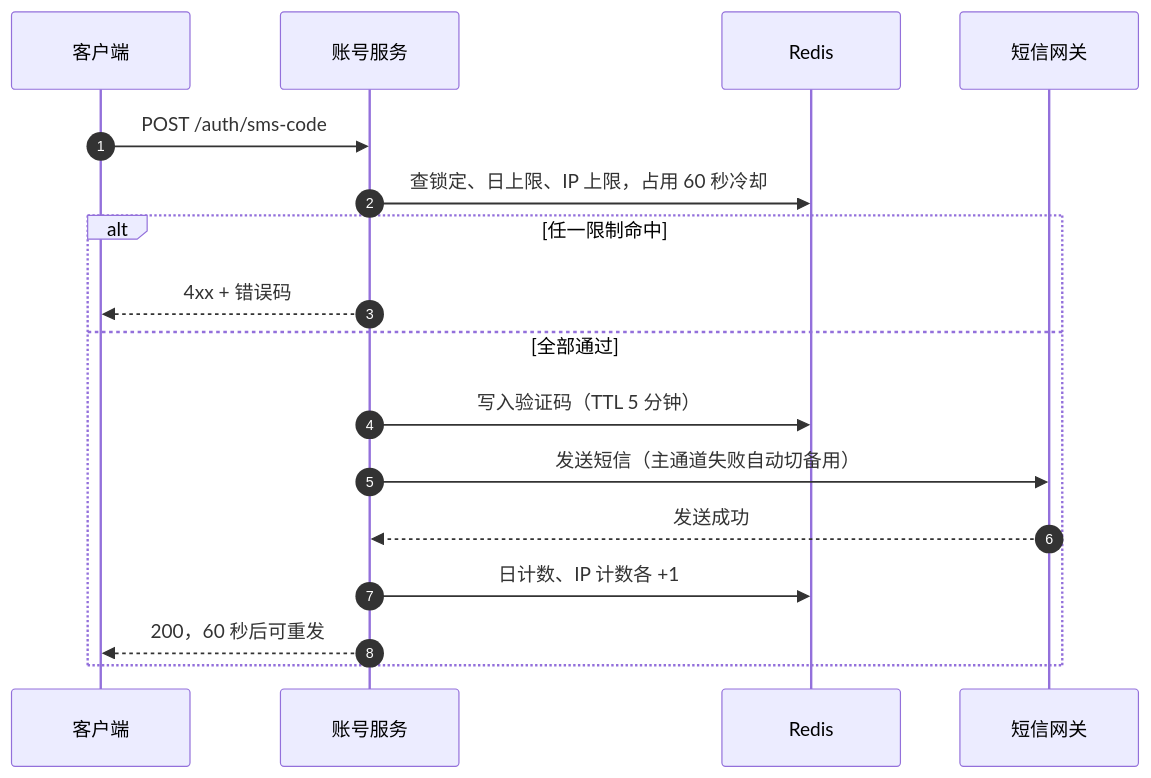
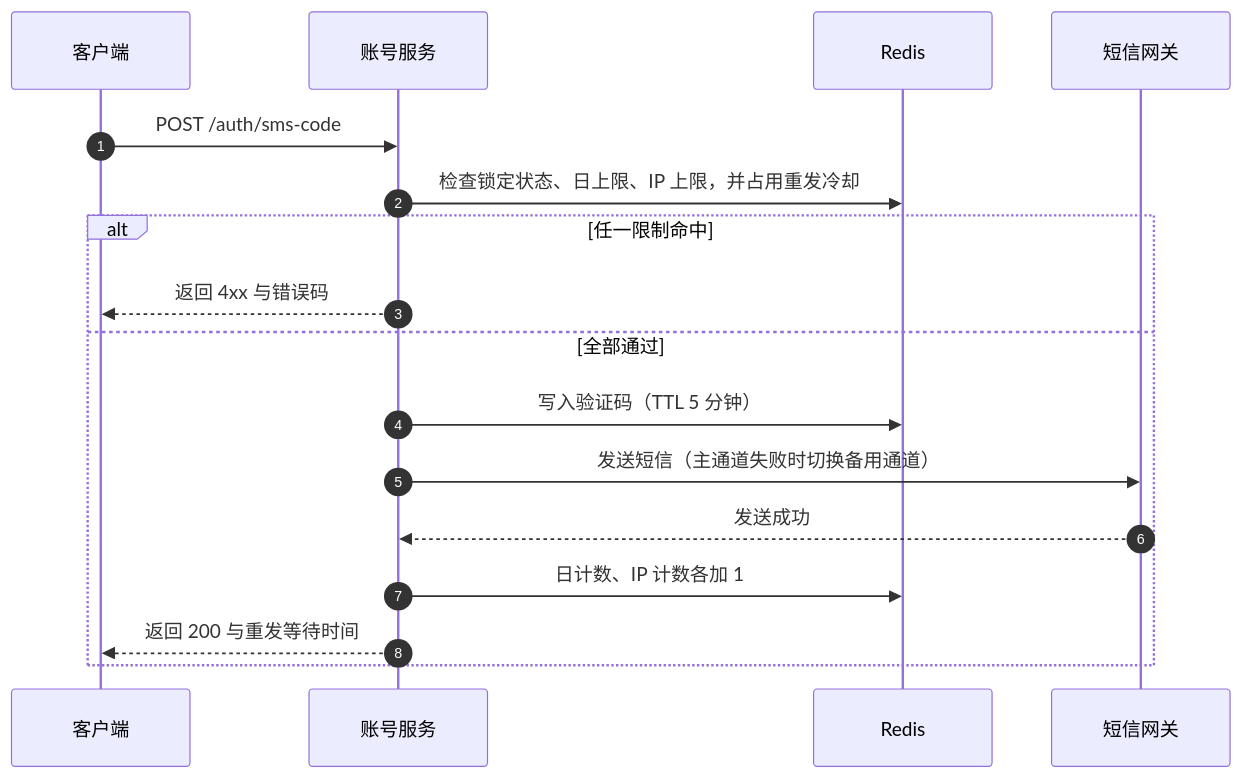
The second of 3 diagrams in docs/samples/02-tech-design.md (lanhas/auto-test), drawn with Mermaid before and after one commit. The commit also changed other lines of this file and 3 other files, not shown here.

````diff
--- a/docs/samples/02-tech-design.md
+++ b/docs/samples/02-tech-design.md
@@ -44,20 +88,20 @@
 ```mermaid
 sequenceDiagram
     autonumber
     participant C as 客户端
     participant A as 账号服务
     participant R as Redis
     participant S as 短信网关
 
     C->>A: POST /auth/sms-code
-    A->>R: 查锁定、日上限、IP 上限，占用 60 秒冷却
+    A->>R: 检查锁定状态、日上限、IP 上限，并占用重发冷却
     alt 任一限制命中
-        A-->>C: 4xx + 错误码
+        A-->>C: 返回 4xx 与错误码
     else 全部通过
         A->>R: 写入验证码（TTL 5 分钟）
-        A->>S: 发送短信（主通道失败自动切备用）
+        A->>S: 发送短信（主通道失败时切换备用通道）
         S-->>A: 发送成功
-        A->>R: 日计数、IP 计数各 +1
-        A-->>C: 200，60 秒后可重发
+        A->>R: 日计数、IP 计数各加 1
+        A-->>C: 返回 200 与重发等待时间
     end
 ```
````
